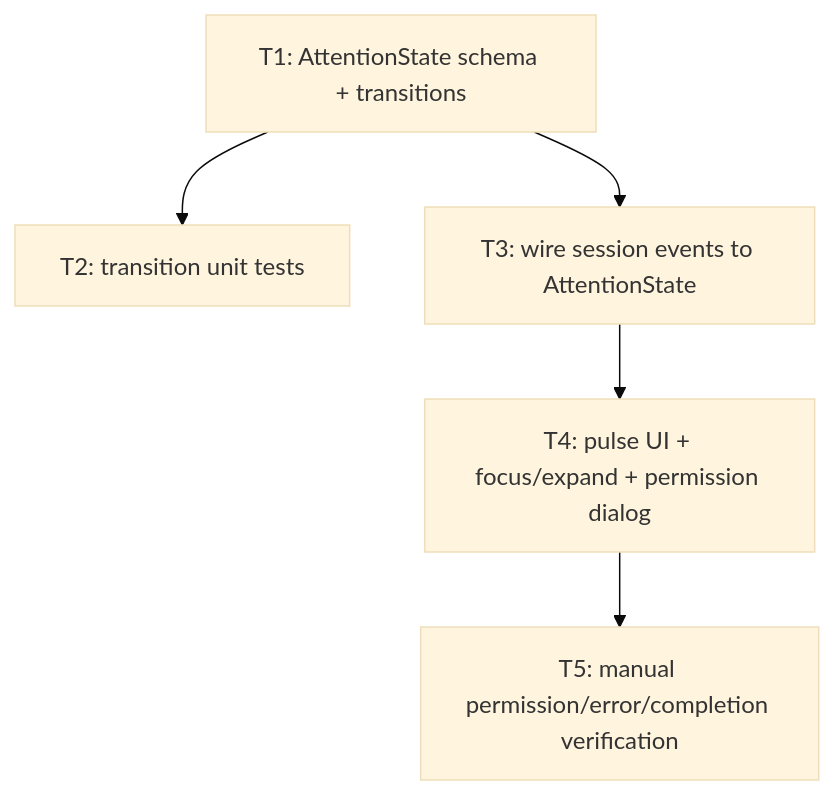
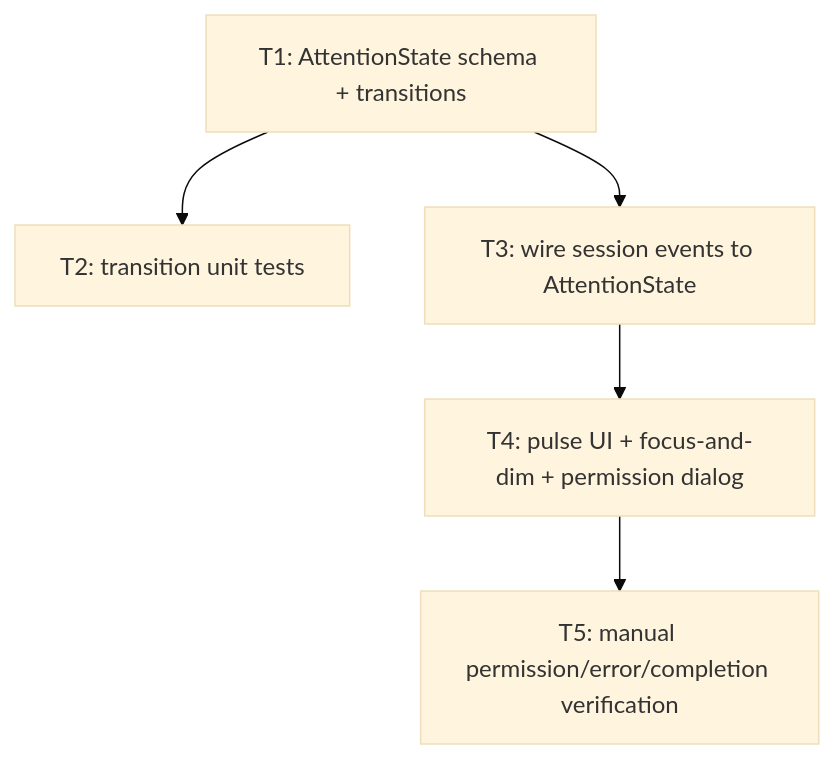
One commit to draekien/dia changed the diagram in .draekien/break-down-prd/dia-mvp/04-attention-state-pulse.md. Above: the diagram before and after it, drawn with Mermaid (base theme). The commit also changed other lines of this file, not shown here.

First line of the commit message:
docs: mark Bullet 04 complete and de-stale focus/expand wording

````diff
--- a/.draekien/break-down-prd/dia-mvp/04-attention-state-pulse.md
+++ b/.draekien/break-down-prd/dia-mvp/04-attention-state-pulse.md
@@ -22,12 +22,12 @@
 ```mermaid
 graph TD
   T1[T1: AttentionState schema + transitions]
   T2[T2: transition unit tests]
   T3[T3: wire session events to AttentionState]
-  T4[T4: pulse UI + focus/expand + permission dialog]
+  T4[T4: pulse UI + focus-and-dim + permission dialog]
   T5[T5: manual permission/error/completion verification]
   T1 --> T2
   T1 --> T3
   T3 --> T4
   T4 --> T5
 ```
````
